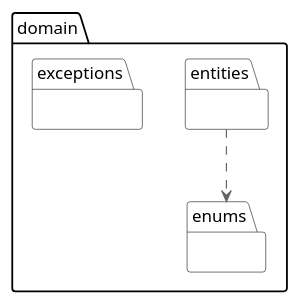
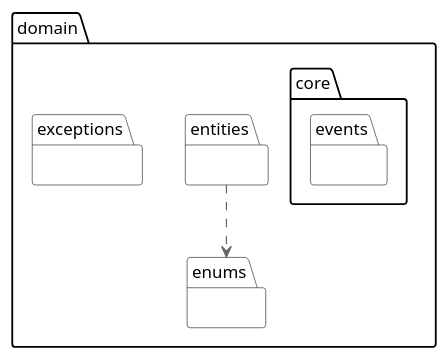
The diagram in 1.Project-with_Monolithic_Architecture/mod_app_piedrazul_medical_services_network/Domain/dPackDomain.puml (FernandoMulato/Piedrazul-Medical-Services-Network), drawn with PlantUML before and after one commit. The commit also changed 10 other files, not shown here.

```diff
--- a/1.Project-with_Monolithic_Architecture/mod_app_piedrazul_medical_services_network/Domain/dPackDomain.puml
+++ b/1.Project-with_Monolithic_Architecture/mod_app_piedrazul_medical_services_network/Domain/dPackDomain.puml
@@ -1,13 +1,16 @@
 @startuml DomainPackages
 
 !include https://raw.githubusercontent.com/plantuml-stdlib/C4-PlantUML/master/C4_Deployment.puml
 
 package "domain" {
   package "entities" {}
   package "enums" {}
   package "exceptions" {}
+  package "core" {
+    package "events" {}
+  }
 }
 
 entities ..> enums
 
 @enduml
```
